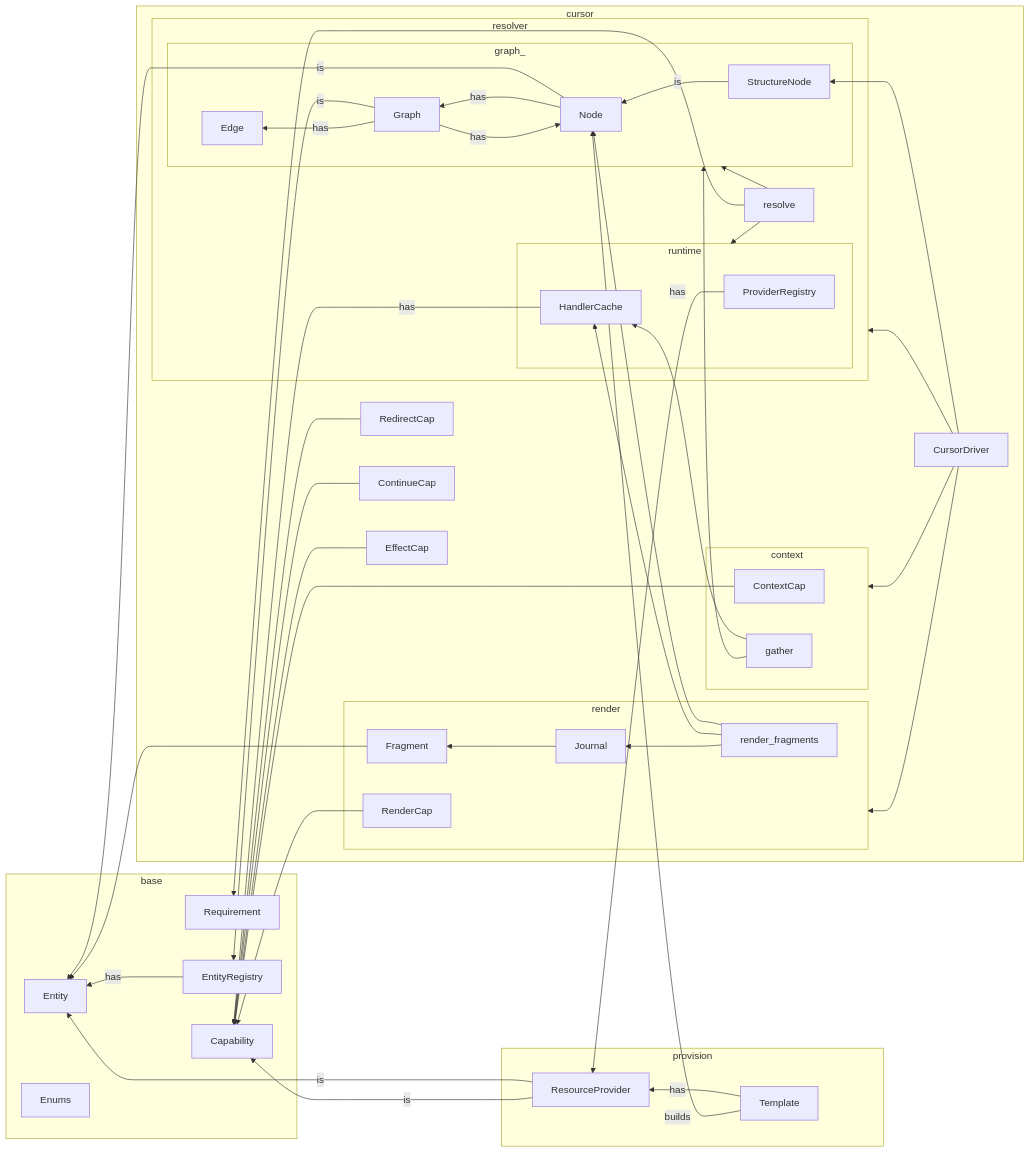
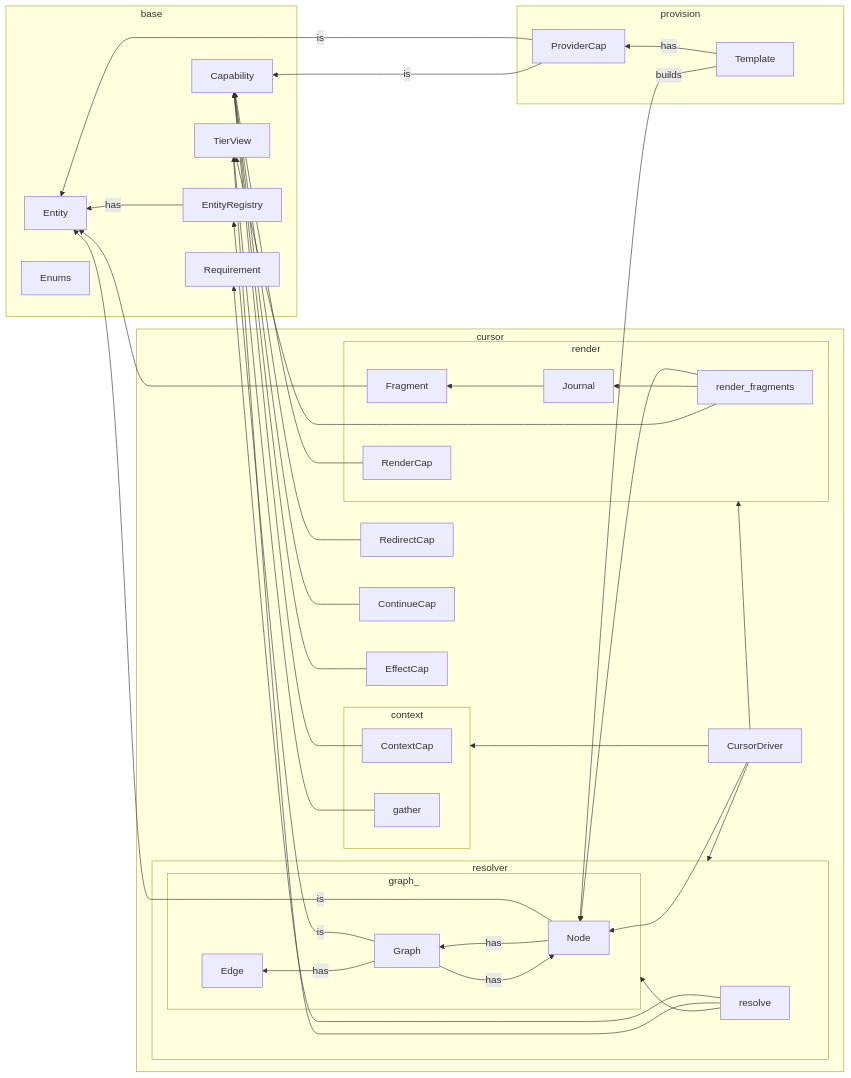
Before and after one commit to derekmerck/storytangl: the diagram in engine/src/tangl33/core/notes.md, drawn with Mermaid. The commit also changed 26 other files, not shown here.

Commit message:
tangl experimental, refactoring cursor, resolve, context to phase/tier/service scope

````diff
--- a/engine/src/tangl33/core/notes.md
+++ b/engine/src/tangl33/core/notes.md
@@ -31,63 +31,57 @@
 ```mermaid
 flowchart RL
     subgraph base 
         Entity
         Enums
         EntityRegistry -- has --> Entity
         Capability
         Requirement
+        TierView
     end
 
     subgraph graph_
         Node -- is --> Entity
         Node -- has --> Graph
-        StructureNode -- is --> Node
         Graph -- has --> Node
         Graph -- is --> EntityRegistry
         Graph -- has --> Edge
         Edge
     end
 
     subgraph provision
-        ResourceProvider -- is --> Entity
-        ResourceProvider -- is --> Capability
-        Template  -- has --> ResourceProvider
+        ProviderCap -- is --> Entity
+        ProviderCap -- is --> Capability
+        Template  -- has --> ProviderCap
         Template -- builds --> Node
     end
-
-   subgraph runtime
-        HandlerCache  -- has --> Capability
-        ProviderRegistry -- has --> ResourceProvider
-    end
-    
+ 
     subgraph resolver
         resolve --> Requirement
-        resolve --> runtime
         resolve --> graph_
+        resolve --> TierView
     end
 
     subgraph context
         ContextCap --> Capability
-        gather --> HandlerCache
-        gather --> graph_
+        gather --> TierView
     end
 
     subgraph render
         RenderCap --> Capability
         Fragment --> Entity
         Journal --> Fragment
         render_fragments --> Node
-        render_fragments --> HandlerCache
         render_fragments --> Journal
+        render_fragments --> TierView
     end
 
     subgraph cursor
         RedirectCap --> Capability
         ContinueCap --> Capability
         EffectCap --> Capability
-        CursorDriver --> StructureNode
+        CursorDriver --> Node
         CursorDriver --> resolver
         CursorDriver --> context
         CursorDriver --> render
     end
 ```
````
